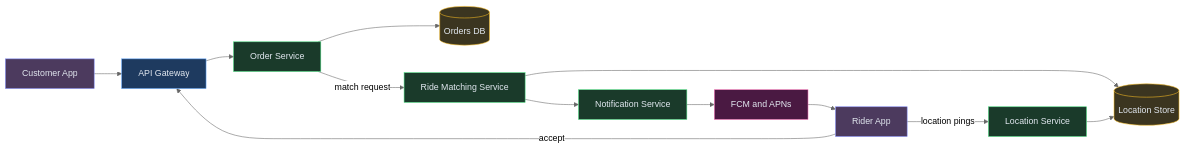
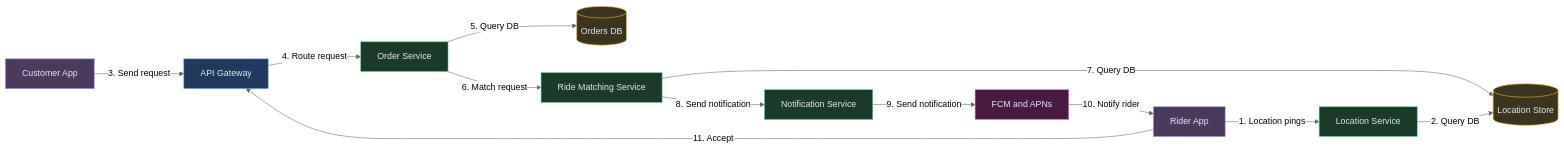
The fourth of 12 diagrams in content/hld/Zomato.md (iluzn/HLD-Designs), drawn with Mermaid (neutral theme) before and after one commit. The commit also changed other lines of this file and 27 other files, not shown here.

````diff
--- a/content/hld/Zomato.md
+++ b/content/hld/Zomato.md
@@ -242,31 +242,31 @@
 ```mermaid
 flowchart LR
     CUST["Customer App"]:::client
     RIDER["Rider App"]:::client
     GW["API Gateway"]:::edge
     ORDER["Order Service"]:::service
     MATCH["Ride Matching Service"]:::service
     LOC["Location Service"]:::service
     NOTIF["Notification Service"]:::service
     LOCDB[("Location Store")]:::data
     ORDERDB[("Orders DB")]:::data
     PUSH["FCM and APNs"]:::external
 
-    RIDER -->|"location pings"| LOC
-    LOC --> LOCDB
-    CUST --> GW
-    GW --> ORDER
-    ORDER --> ORDERDB
-    ORDER -->|"match request"| MATCH
-    MATCH --> LOCDB
-    MATCH --> NOTIF
-    NOTIF --> PUSH
-    PUSH --> RIDER
-    RIDER -->|"accept"| GW
+    RIDER -->|"1. Location pings"| LOC
+    LOC -->|"2. Query DB"| LOCDB
+    CUST -->|"3. Send request"| GW
+    GW -->|"4. Route request"| ORDER
+    ORDER -->|"5. Query DB"| ORDERDB
+    ORDER -->|"6. Match request"| MATCH
+    MATCH -->|"7. Query DB"| LOCDB
+    MATCH -->|"8. Send notification"| NOTIF
+    NOTIF -->|"9. Send notification"| PUSH
+    PUSH -->|"10. Notify rider"| RIDER
+    RIDER -->|"11. Accept"| GW
 
     classDef client fill:#4c3a5e,stroke:#818cf8,color:#e2e8f0
     classDef edge fill:#1e3a5f,stroke:#60a5fa,color:#e2e8f0
     classDef service fill:#1a3a2a,stroke:#4ade80,color:#e2e8f0
     classDef data fill:#3b3520,stroke:#fbbf24,color:#e2e8f0
     classDef external fill:#4a1942,stroke:#f472b6,color:#e2e8f0
 ```
````
